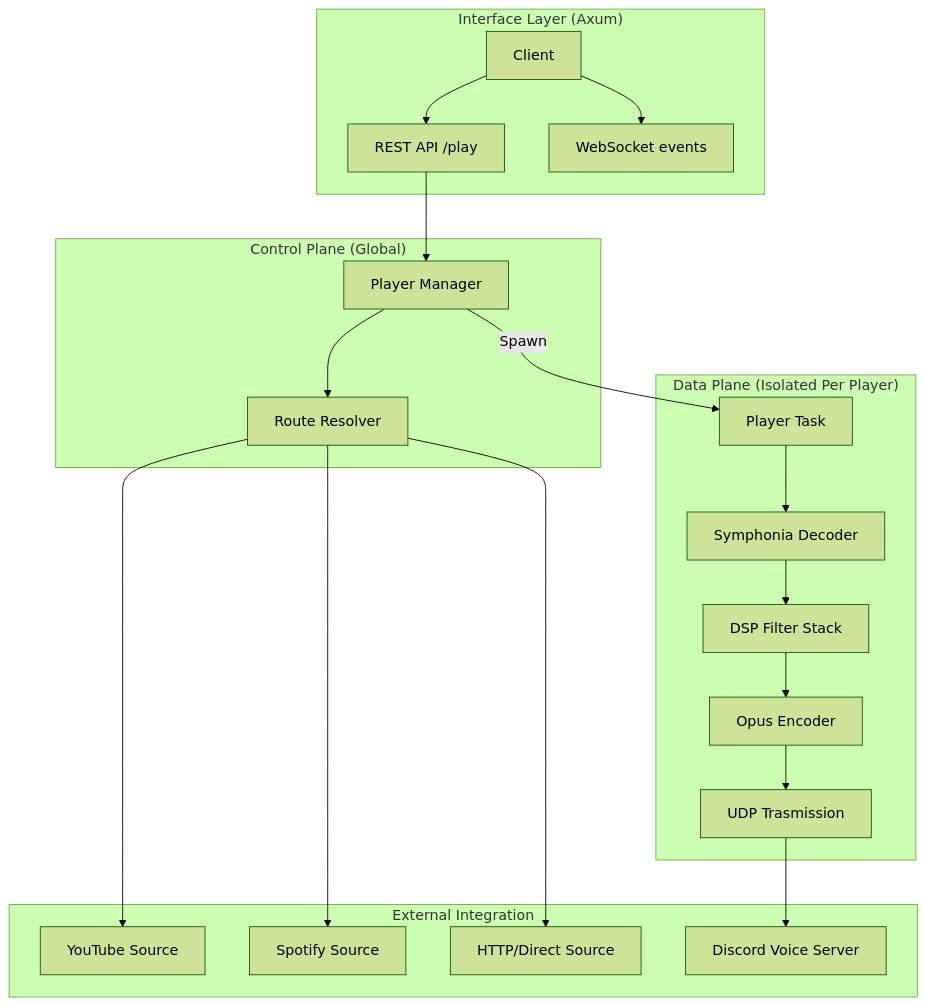
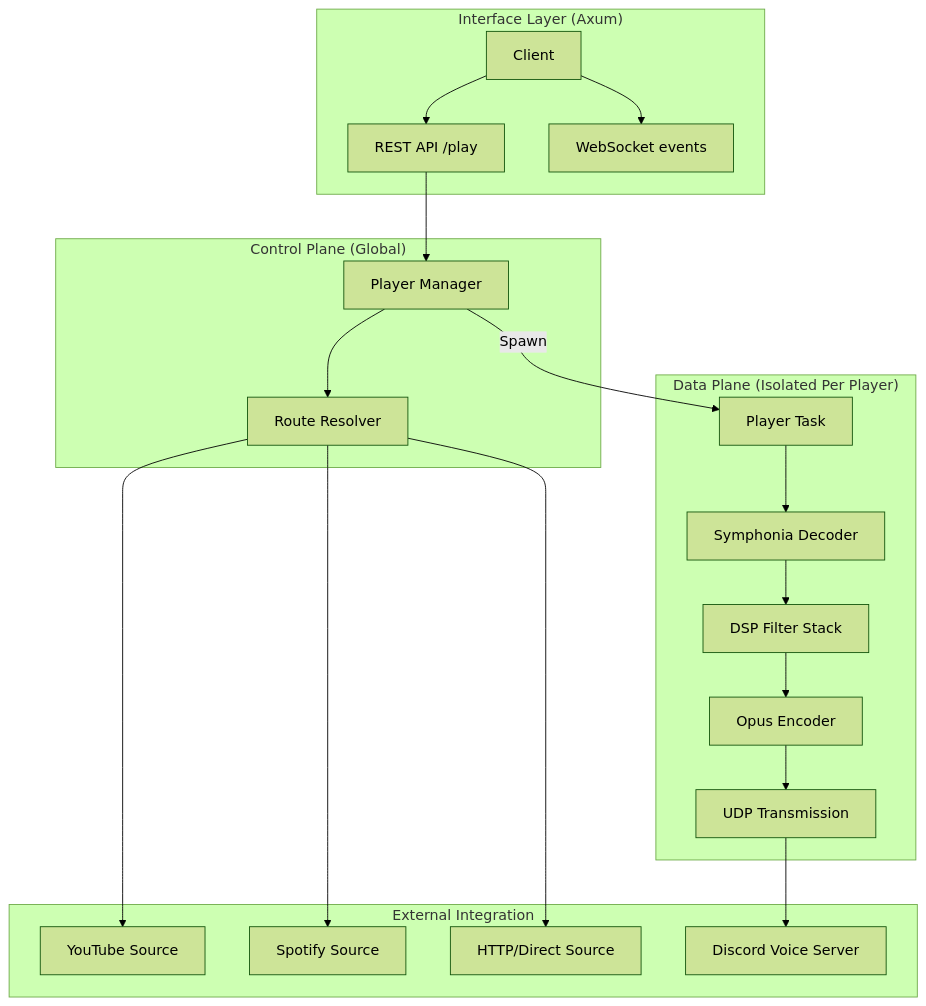
One commit to appujet/baja changed the diagram in docs/src/content/docs/architecture.mdx. Above: the diagram before and after it, drawn with Mermaid (forest theme). The commit also changed 1 other file, not shown here.

Commit message:
docs: Fix typo in architecture diagram and update Pterodactyl egg import instructions.

````diff
--- a/docs/src/content/docs/architecture.mdx
+++ b/docs/src/content/docs/architecture.mdx
@@ -72,27 +72,27 @@
 ```mermaid
 graph TD
     subgraph "Interface Layer (Axum)"
         C[Client] --> REST[REST API /play]
         C --> WS[WebSocket events]
     end
 
     subgraph "Control Plane (Global)"
         REST --> PM[Player Manager]
         PM --> RT[Route Resolver]
     end
 
     subgraph "Data Plane (Isolated Per Player)"
         PM -- "Spawn" --> PT[Player Task]
         PT --> DEC[Symphonia Decoder]
         DEC --> DSP[DSP Filter Stack]
         DSP --> ENC[Opus Encoder]
-        ENC --> UDP[UDP Trasmission]
+        ENC --> UDP[UDP Transmission]
     end
 
     subgraph "External Integration"
         RT --> YT[YouTube Source]
         RT --> SP[Spotify Source]
         RT --> HTTP[HTTP/Direct Source]
         UDP --> DIS[Discord Voice Server]
     end
 ```
````
